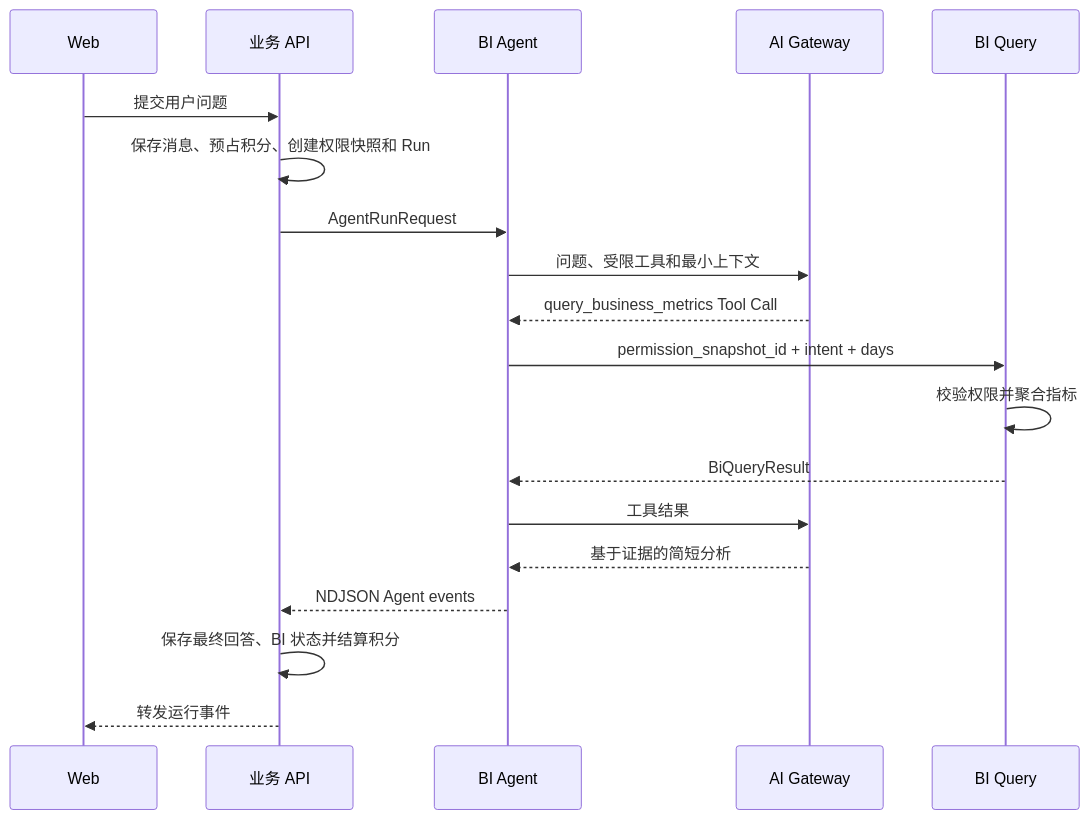
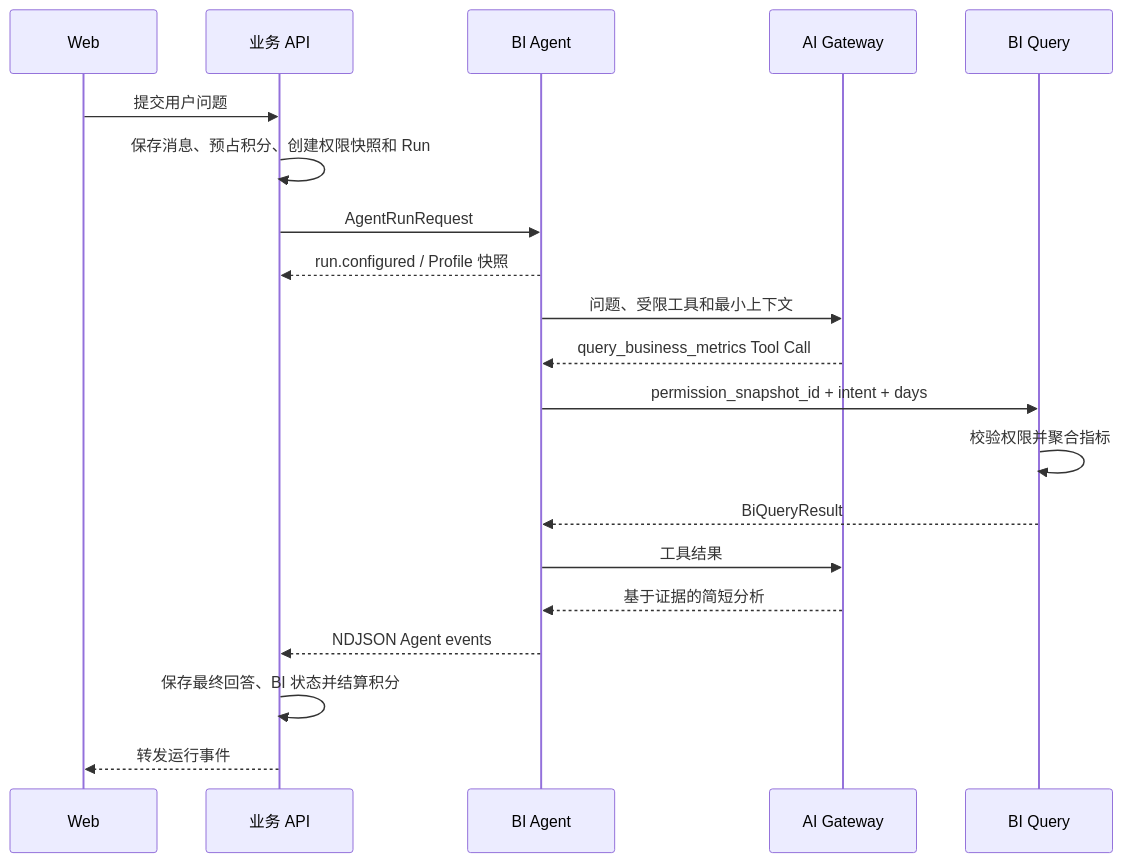
One commit to calvingit/BI-Agent-Demo changed the second of 3 diagrams in docs/architecture.md. Above: the diagram before and after it, drawn with Mermaid. The commit also changed other lines of this file and 18 other files, not shown here.

````diff
--- a/docs/architecture.md
+++ b/docs/architecture.md
@@ -39,22 +40,23 @@
 ```mermaid
 sequenceDiagram
     participant W as Web
     participant B as 业务 API
     participant A as BI Agent
     participant M as AI Gateway
     participant Q as BI Query
 
     W->>B: 提交用户问题
     B->>B: 保存消息、预占积分、创建权限快照和 Run
     B->>A: AgentRunRequest
+    A-->>B: run.configured / Profile 快照
     A->>M: 问题、受限工具和最小上下文
     M-->>A: query_business_metrics Tool Call
     A->>Q: permission_snapshot_id + intent + days
     Q->>Q: 校验权限并聚合指标
     Q-->>A: BiQueryResult
     A->>M: 工具结果
     M-->>A: 基于证据的简短分析
     A-->>B: NDJSON Agent events
     B->>B: 保存最终回答、BI 状态并结算积分
     B-->>W: 转发运行事件
 ```
````
